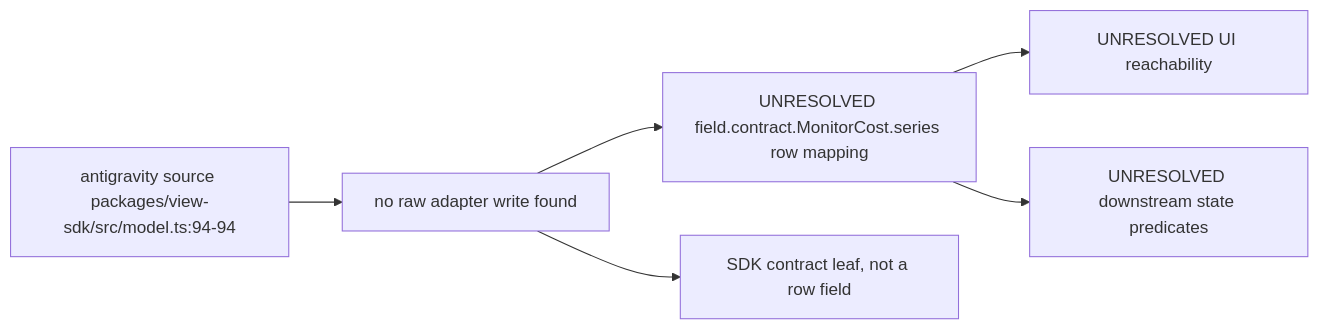
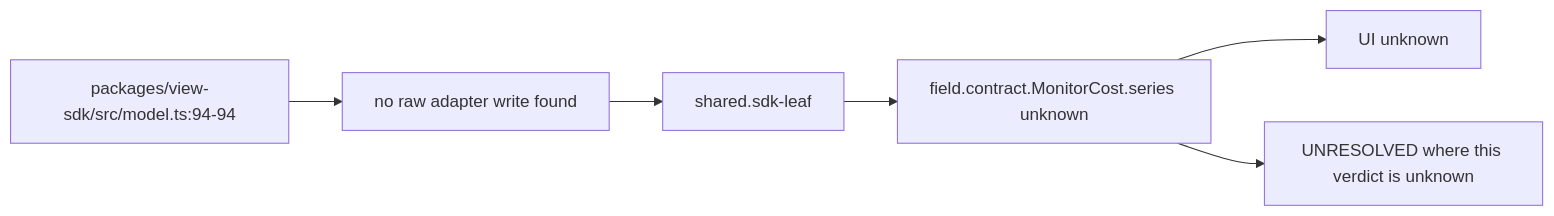
Before and after one commit to vibefield/vibefield: the diagram in audit/godview/evidence/antigravity/contract.MonitorCost.series.mmd, drawn with Mermaid. The commit also changed 1609 other files, not shown here.

```diff
--- a/audit/godview/evidence/antigravity/contract.MonitorCost.series.mmd
+++ b/audit/godview/evidence/antigravity/contract.MonitorCost.series.mmd
@@ -1,11 +1,13 @@
+%% graph_ref: shared.sdk-leaf
+%% adapter: antigravity
+%% field: field.contract.MonitorCost.series
+%% forensic: source-read at 748d015; not a live sample
 flowchart LR
-  src["antigravity source packages/view-sdk/src/model.ts:94-94"]
+  src["packages/view-sdk/src/model.ts:94-94"]
   raw["no raw adapter write found"]
-  row["UNRESOLVED field.contract.MonitorCost.series row mapping"]
-  ui["UNRESOLVED UI reachability"]
-  states["UNRESOLVED downstream state predicates"]
-  src --> raw --> row
-  row --> ui
-  row --> states
-  leaf["SDK contract leaf, not a row field"]
-  raw --> leaf
+  shared["shared.sdk-leaf"]
+  row["field.contract.MonitorCost.series unknown"]
+  ui["UI unknown"]
+  src --> raw --> shared --> row --> ui
+  open["UNRESOLVED where this verdict is unknown"]
+  row --> open
```
